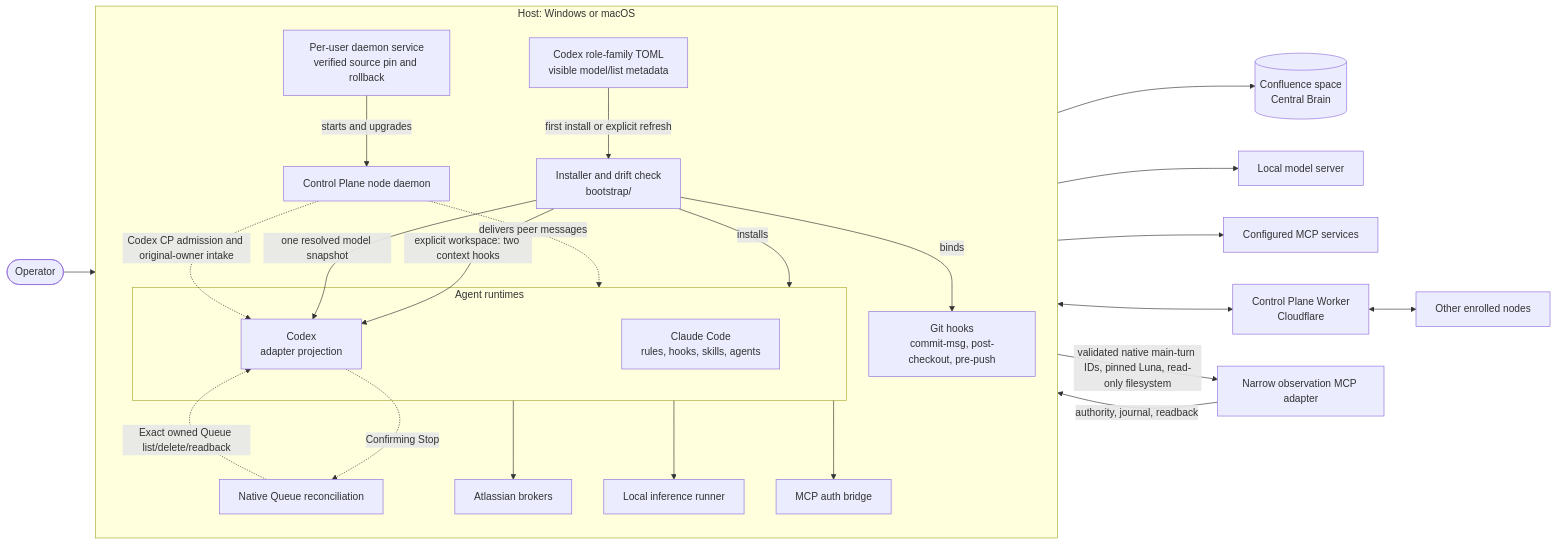
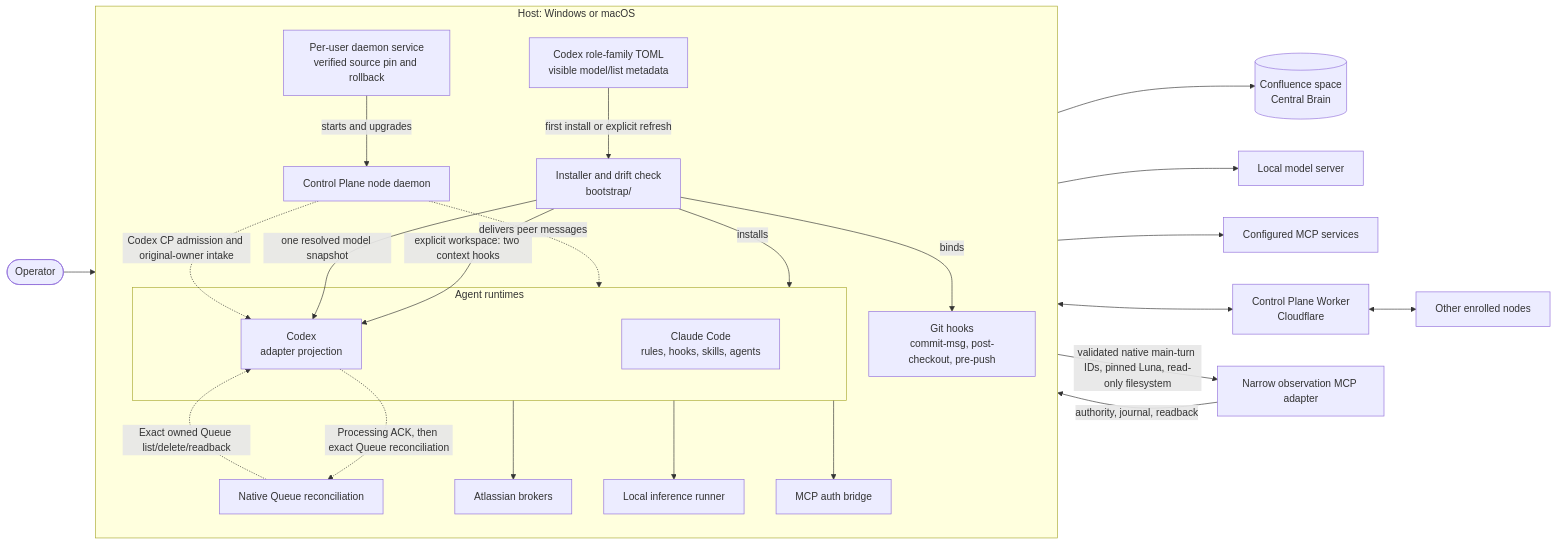
Before and after one commit to cfaysal/kherep: the diagram in README.md, drawn with Mermaid. The commit also changed other lines of this file and 30 other files, not shown here.

````diff
--- a/README.md
+++ b/README.md
@@ -54,45 +54,45 @@
 ```mermaid
 flowchart LR
   operator([Operator])
 
   subgraph host["Host: Windows or macOS"]
     direction TB
     bootstrap["Installer and drift check<br/>bootstrap/"]
     codexModels["Codex role-family TOML<br/>visible model/list metadata"]
     subgraph runtimes["Agent runtimes"]
       claude["Claude Code<br/>rules, hooks, skills, agents"]
       codex["Codex<br/>adapter projection"]
     end
     githook["Git hooks<br/>commit-msg, post-checkout, pre-push"]
     brokers["Atlassian brokers"]
     runner["Local inference runner"]
     bridge["MCP auth bridge"]
     nodeDaemon["Control Plane node daemon"]
     daemonService["Per-user daemon service<br/>verified source pin and rollback"]
     queueRetire["Native Queue reconciliation"]
   end
 
   confluence[("Confluence space<br/>Central Brain")]
   model["Local model server"]
   mcp["Configured MCP services"]
   worker["Control Plane Worker<br/>Cloudflare"]
   peers["Other enrolled nodes"]
 
   operator --> runtimes
   bootstrap -->|installs| runtimes
   codexModels -->|first install or explicit refresh| bootstrap
   bootstrap -->|explicit workspace: two context hooks| codex
   bootstrap -->|one resolved model snapshot| codex
   bootstrap -->|binds| githook
   runtimes --> brokers --> confluence
   codex -->|validated native main-turn IDs, pinned Luna, read-only filesystem| observationAdapter["Narrow observation MCP adapter"]
   observationAdapter -->|authority, journal, readback| brokers
   runtimes --> runner --> model
   runtimes --> bridge --> mcp
   nodeDaemon <--> worker <--> peers
   daemonService -->|starts and upgrades| nodeDaemon
   nodeDaemon -.->|delivers peer messages| runtimes
   nodeDaemon -.->|Codex CP admission and original-owner intake| codex
-  codex -.->|Confirming Stop| queueRetire
+  codex -.->|Processing ACK, then exact Queue reconciliation| queueRetire
   queueRetire -.->|Exact owned Queue list/delete/readback| codex
 ```
````
